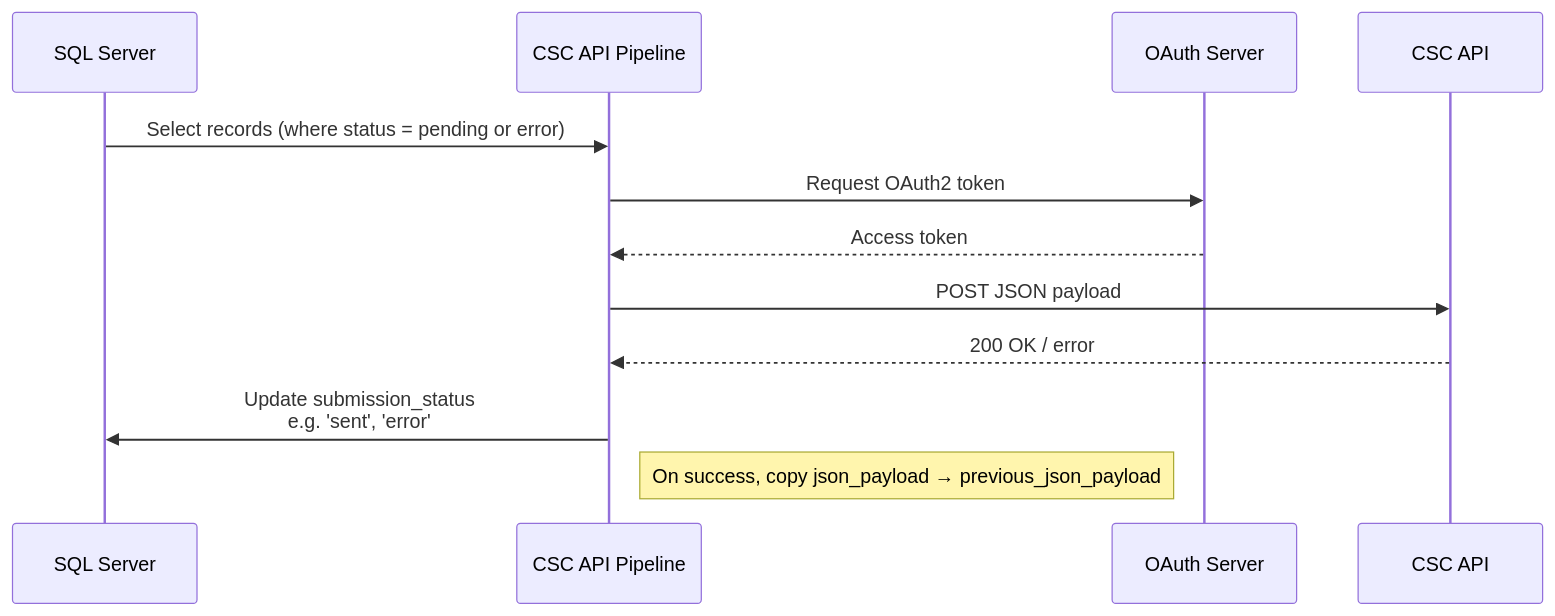
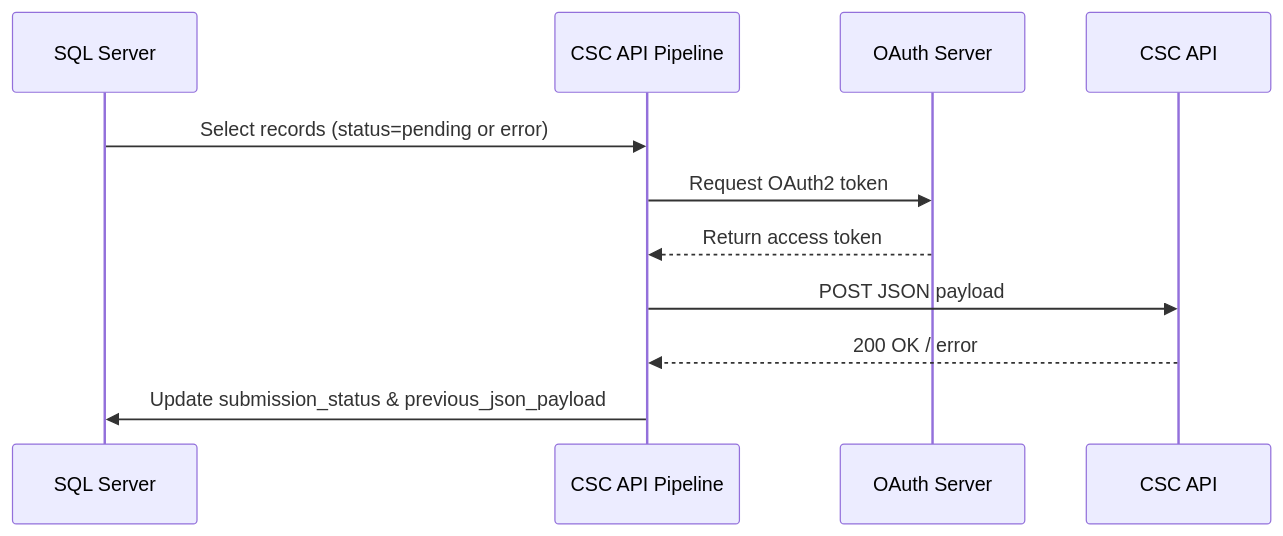
Before and after one commit to data-to-insight/dfe-csc-api-data-flows: the second of 2 diagrams in README.md, drawn with Mermaid. The commit also changed other lines of this file, not shown here.

````diff
--- a/README.md
+++ b/README.md
@@ -204,15 +194,14 @@
 ```mermaid
 sequenceDiagram
     participant DB as SQL Server
     participant App as CSC API Pipeline
     participant Auth as OAuth Server
     participant API as CSC API
 
-    DB->>App: Select records (where status = pending or error)
+    DB->>App: Select records (status=pending or error)
     App->>Auth: Request OAuth2 token
-    Auth-->>App: Access token
+    Auth-->>App: Return access token
     App->>API: POST JSON payload
     API-->>App: 200 OK / error
-    App->>DB: Update submission_status<br>e.g. 'sent', 'error'
-    Note right of App: On success, copy json_payload → previous_json_payload
+    App->>DB: Update submission_status & previous_json_payload
 ```
````
